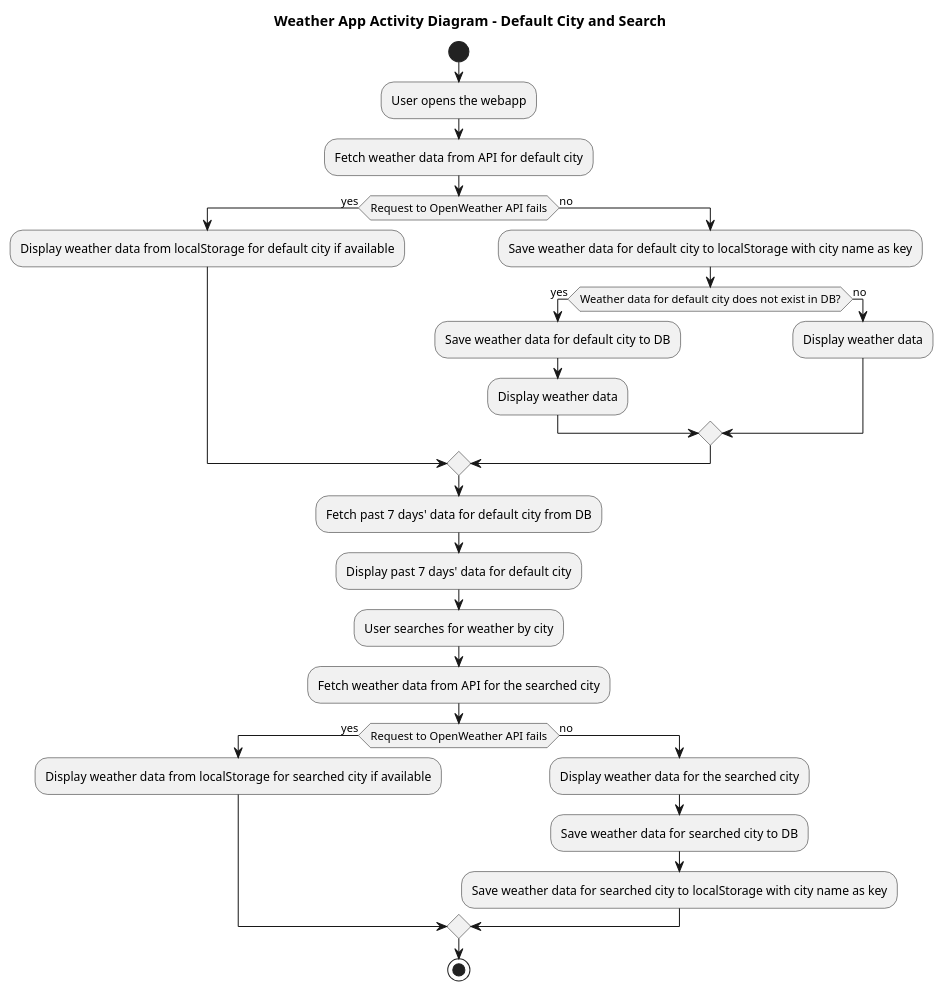
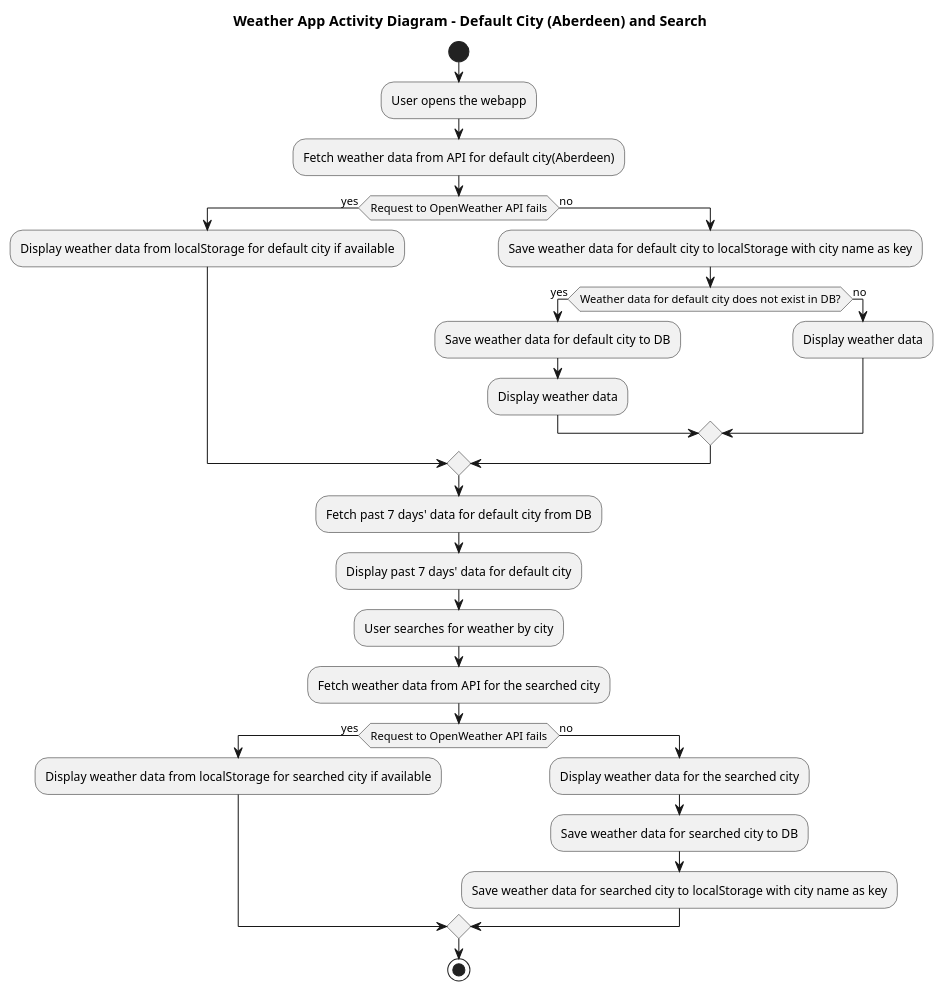
Before and after one commit to luckyklyist/WeatherAPP-ISA-SEM-2: the diagram in uml/activity_diagram.puml, drawn with PlantUML. The commit also changed 1 other file, not shown here.

Commit message:
updated uml

```diff
--- a/uml/activity_diagram.puml
+++ b/uml/activity_diagram.puml
@@ -1,36 +1,36 @@
 @startuml
-title Weather App Activity Diagram - Default City and Search
+title Weather App Activity Diagram - Default City (Aberdeen) and Search
 
 start
 
 :User opens the webapp;
-:Fetch weather data from API for default city;
+:Fetch weather data from API for default city(Aberdeen);
 
 if (Request to OpenWeather API fails) then (yes)
     :Display weather data from localStorage for default city if available;
 else (no)
     :Save weather data for default city to localStorage with city name as key;
     if (Weather data for default city does not exist in DB?) then (yes)
         :Save weather data for default city to DB;
         :Display weather data;
     else (no)
         :Display weather data;
     endif
 endif
 
 :Fetch past 7 days' data for default city from DB;
 :Display past 7 days' data for default city;
 
 :User searches for weather by city;
 :Fetch weather data from API for the searched city;
 if (Request to OpenWeather API fails) then (yes)
     :Display weather data from localStorage for searched city if available;
 else (no)
     :Display weather data for the searched city;
     :Save weather data for searched city to DB;
     :Save weather data for searched city to localStorage with city name as key;
 endif
 
 stop
 
 @enduml
```
